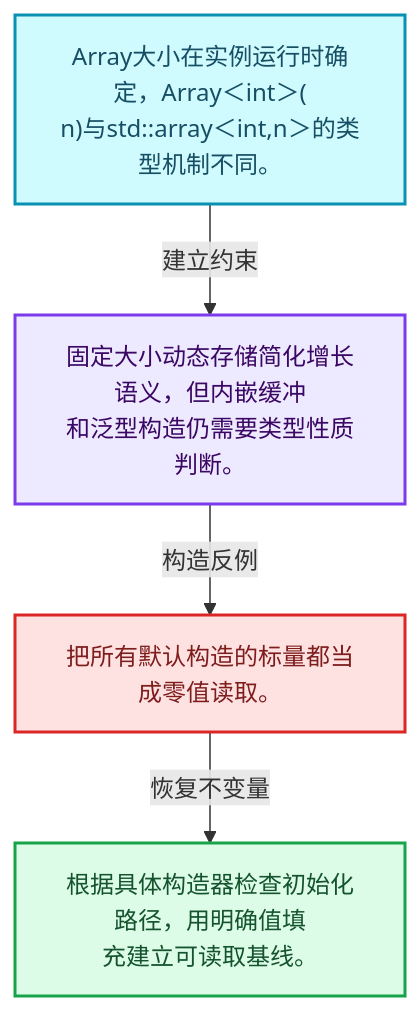
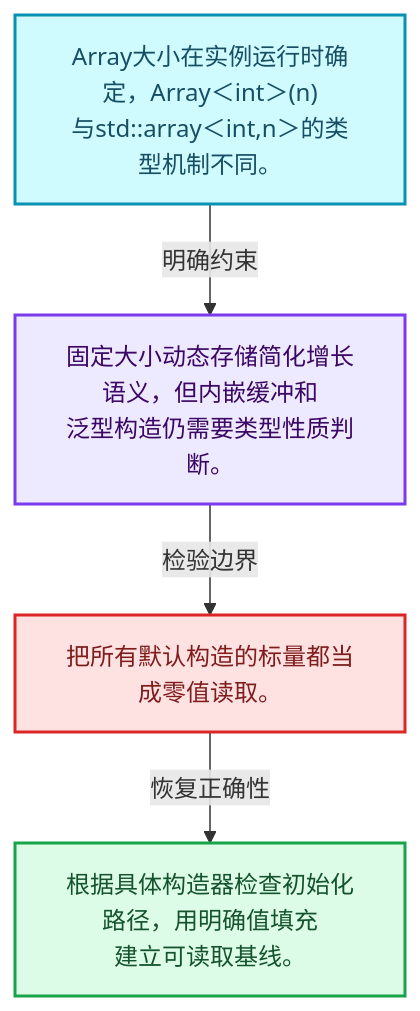
The first of 4 diagrams in 杂/markdown/全面学习-codex/01-基础容器与现代CPP/07-Array构造与存储.md (yunkezengren/blender-.vscode), drawn with Mermaid before and after one commit. The commit also changed other lines of this file and 1930 other files, not shown here.

````diff
--- a/杂/markdown/全面学习-codex/01-基础容器与现代CPP/07-Array构造与存储.md
+++ b/杂/markdown/全面学习-codex/01-基础容器与现代CPP/07-Array构造与存储.md
@@ -29,16 +29,16 @@
 ```mermaid
 flowchart TB
-  M["Array大小在实例运行时确定，Array＜int＞(<br/>n)与std::array＜int,n＞的类型机制不同。"]:::data
-  T["固定大小动态存储简化增长语义，但内嵌缓冲<br/>和泛型构造仍需要类型性质判断。"]:::abstraction
-  X["把所有默认构造的标量都当成零值读取。"]:::error
-  A["根据具体构造器检查初始化路径，用明确值填<br/>充建立可读取基线。"]:::result
-  M -->|"建立约束"| T
-  T -->|"构造反例"| X
-  X -->|"恢复不变量"| A
+  M["Array大小在实例运行时确定，Array＜int＞(n)<br/>与std::array＜int,n＞的类型机制不同。"]:::data
+  C["固定大小动态存储简化增长语义，但内嵌缓冲和<br/>泛型构造仍需要类型性质判断。"]:::abstraction
+  B["把所有默认构造的标量都当成零值读取。"]:::error
+  R["根据具体构造器检查初始化路径，用明确值填充<br/>建立可读取基线。"]:::result
+  M -->|"明确约束"| C
+  C -->|"检验边界"| B
+  B -->|"恢复正确性"| R
   classDef input fill:#DBEAFE,stroke:#2563EB,color:#172554,stroke-width:2px;
   classDef data fill:#CFFAFE,stroke:#0891B2,color:#164E63,stroke-width:2px;
   classDef abstraction fill:#EDE9FE,stroke:#7C3AED,color:#3B0764,stroke-width:2px;
   classDef compute fill:#FEF3C7,stroke:#D97706,color:#78350F,stroke-width:2px;
   classDef result fill:#DCFCE7,stroke:#16A34A,color:#14532D,stroke-width:2px;
   classDef error fill:#FEE2E2,stroke:#DC2626,color:#7F1D1D,stroke-width:2px;
 ```
````
